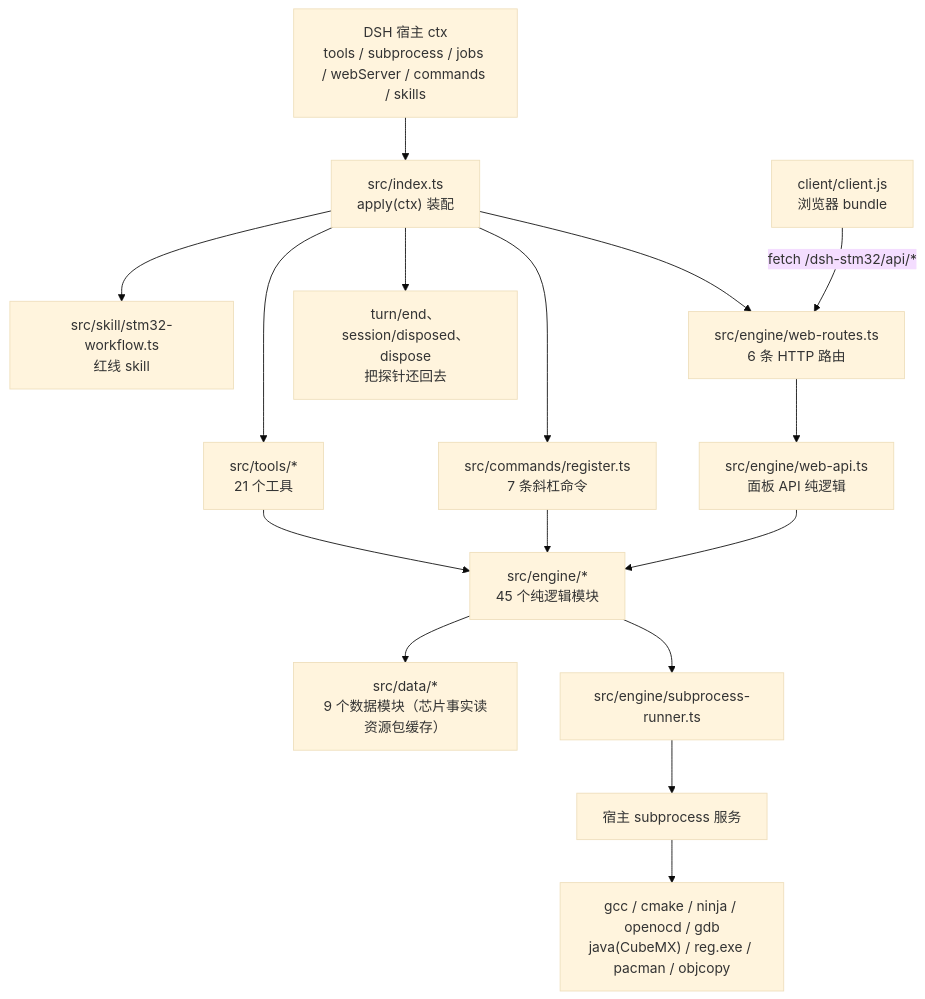
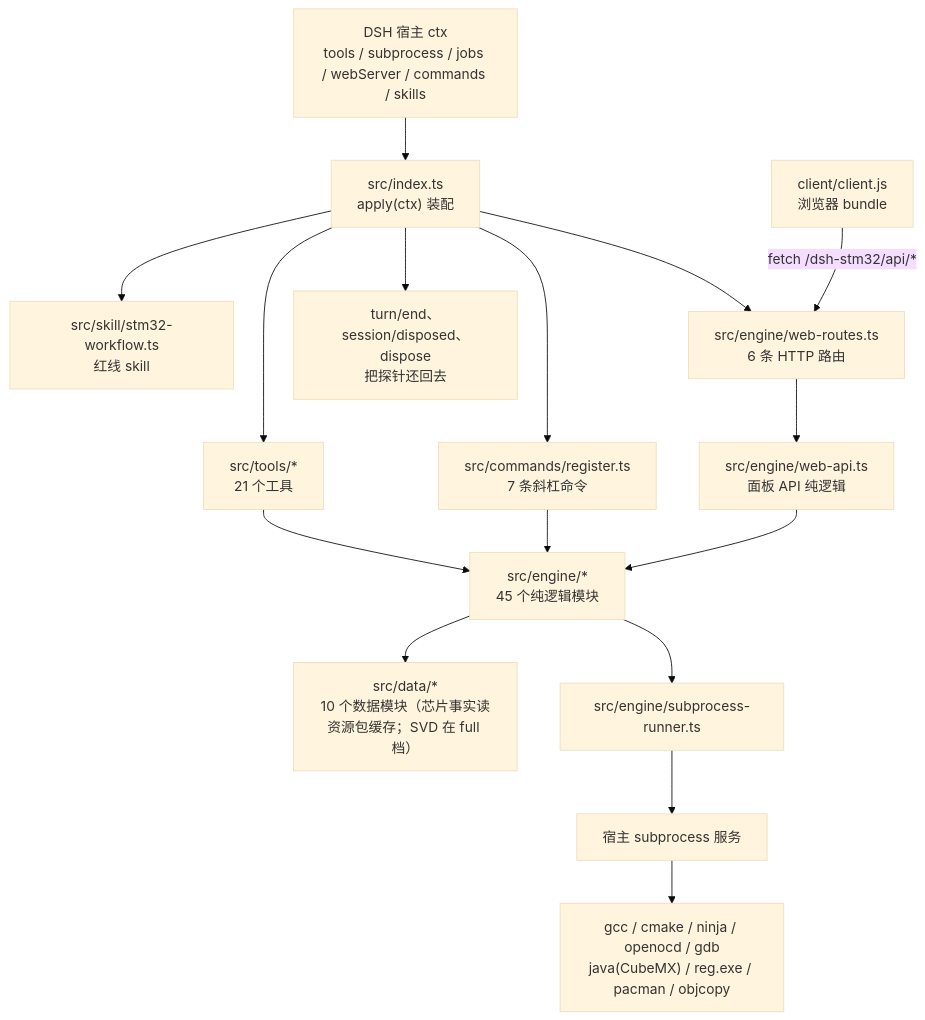
One commit to JingYu-er/dsh-stm32 changed the first of 15 diagrams in docs/reading-guide.md. Above: the diagram before and after it, drawn with Mermaid (base theme). The commit also changed other lines of this file and 14 other files, not shown here.

````diff
--- a/docs/reading-guide.md
+++ b/docs/reading-guide.md
@@ -44,18 +44,18 @@
 ```mermaid
 flowchart TD
   HOST["DSH 宿主 ctx<br/>tools / subprocess / jobs / webServer / commands / skills"] --> IDX["src/index.ts<br/>apply(ctx) 装配"]
   IDX --> TOOLS["src/tools/*<br/>21 个工具"]
   IDX --> CMDS["src/commands/register.ts<br/>7 条斜杠命令"]
   IDX --> SKILL["src/skill/stm32-workflow.ts<br/>红线 skill"]
   IDX --> WEB["src/engine/web-routes.ts<br/>6 条 HTTP 路由"]
   IDX --> EVT["turn/end、session/disposed、dispose<br/>把探针还回去"]
   TOOLS --> ENGINE["src/engine/*<br/>45 个纯逻辑模块"]
   CMDS --> ENGINE
   WEB --> API["src/engine/web-api.ts<br/>面板 API 纯逻辑"]
   API --> ENGINE
-  ENGINE --> DATA["src/data/*<br/>9 个数据模块（芯片事实读资源包缓存）"]
+  ENGINE --> DATA["src/data/*<br/>10 个数据模块（芯片事实读资源包缓存；SVD 在 full 档）"]
   ENGINE --> RUN["src/engine/subprocess-runner.ts"]
   RUN --> OS["宿主 subprocess 服务"]
   OS --> BIN["gcc / cmake / ninja / openocd / gdb<br/>java(CubeMX) / reg.exe / pacman / objcopy"]
   CLIENT["client/client.js<br/>浏览器 bundle"] -->|"fetch /dsh-stm32/api/*"| WEB
 ```
````
